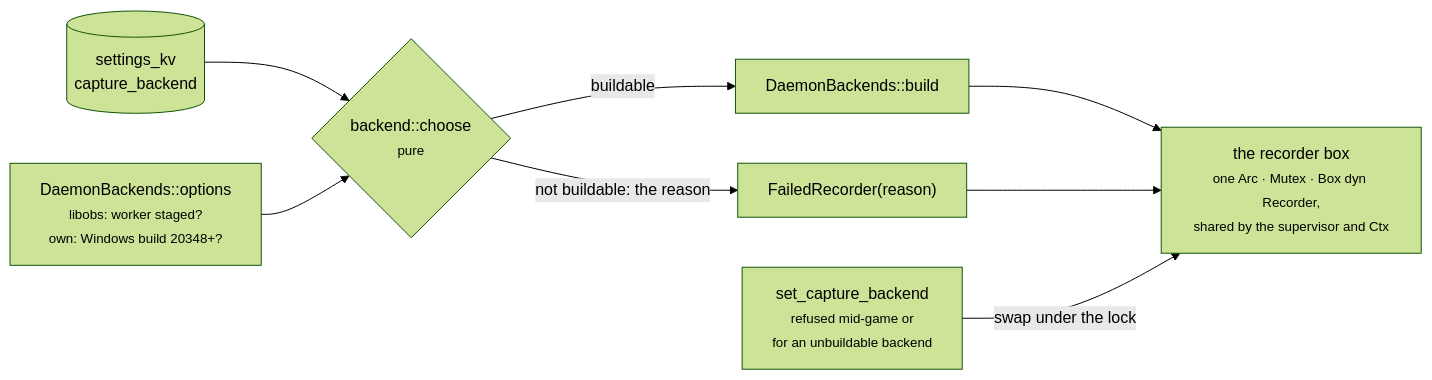
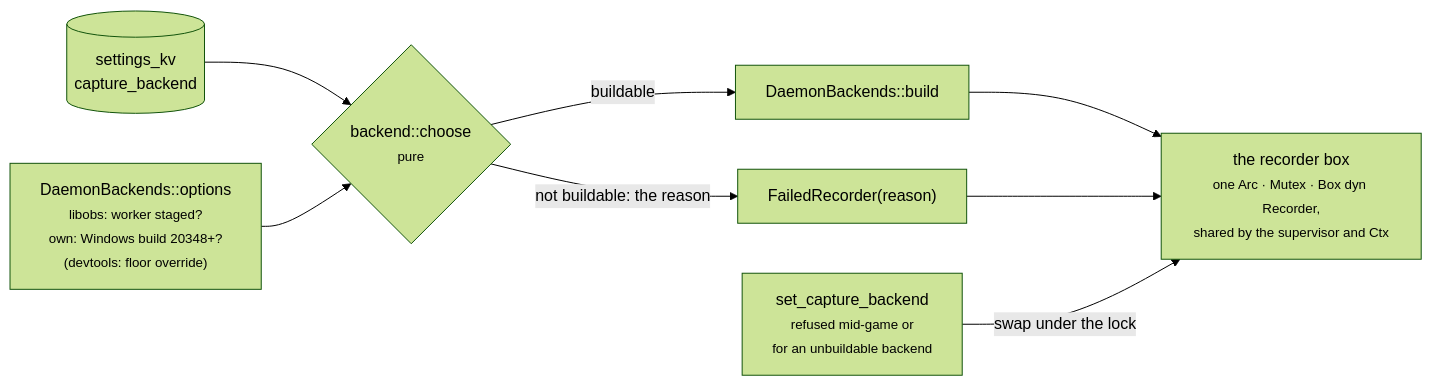
Before and after one commit to NinjaGoldfinch/ninja-recorder: the fifth of 8 diagrams in docs/architecture.md, drawn with Mermaid (forest theme). The commit also changed other lines of this file and 18 other files, not shown here.

````diff
--- a/docs/architecture.md
+++ b/docs/architecture.md
@@ -231,10 +256,10 @@
 ```mermaid
 flowchart LR
     KV[("settings_kv<br/>capture_backend")] --> C{"backend::choose<br/><small>pure</small>"}
-    OPT["DaemonBackends::options<br/><small>libobs: worker staged?<br/>own: Windows build 20348+?</small>"] --> C
+    OPT["DaemonBackends::options<br/><small>libobs: worker staged?<br/>own: Windows build 20348+?<br/>(devtools: floor override)</small>"] --> C
     C -->|"buildable"| B["DaemonBackends::build"]
     C -->|"not buildable: the reason"| F["FailedRecorder(reason)"]
     B --> BOX["the recorder box<br/><small>one Arc · Mutex · Box dyn Recorder,<br/>shared by the supervisor and Ctx</small>"]
     F --> BOX
     SET["set_capture_backend<br/><small>refused mid-game or<br/>for an unbuildable backend</small>"] -->|"swap under the lock"| BOX
 ```
````
